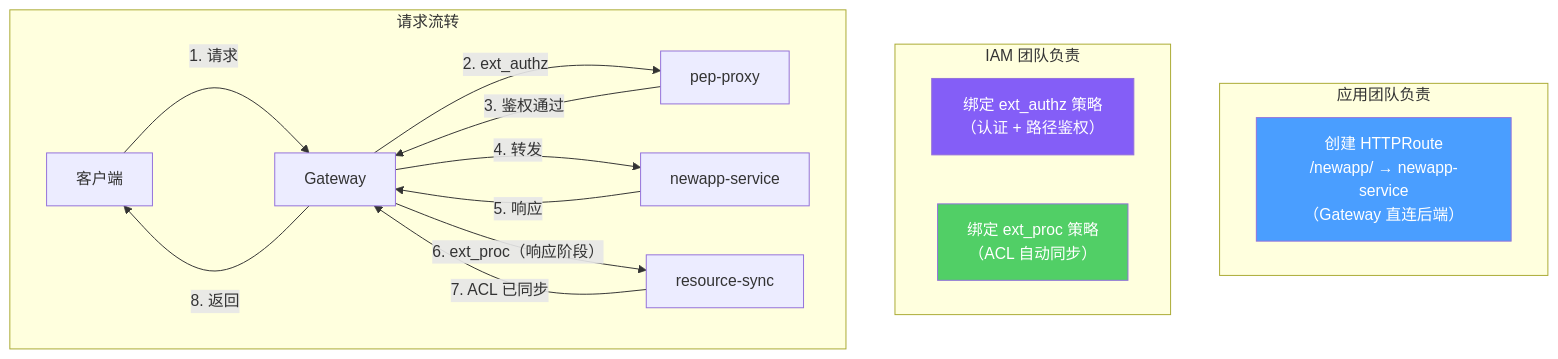
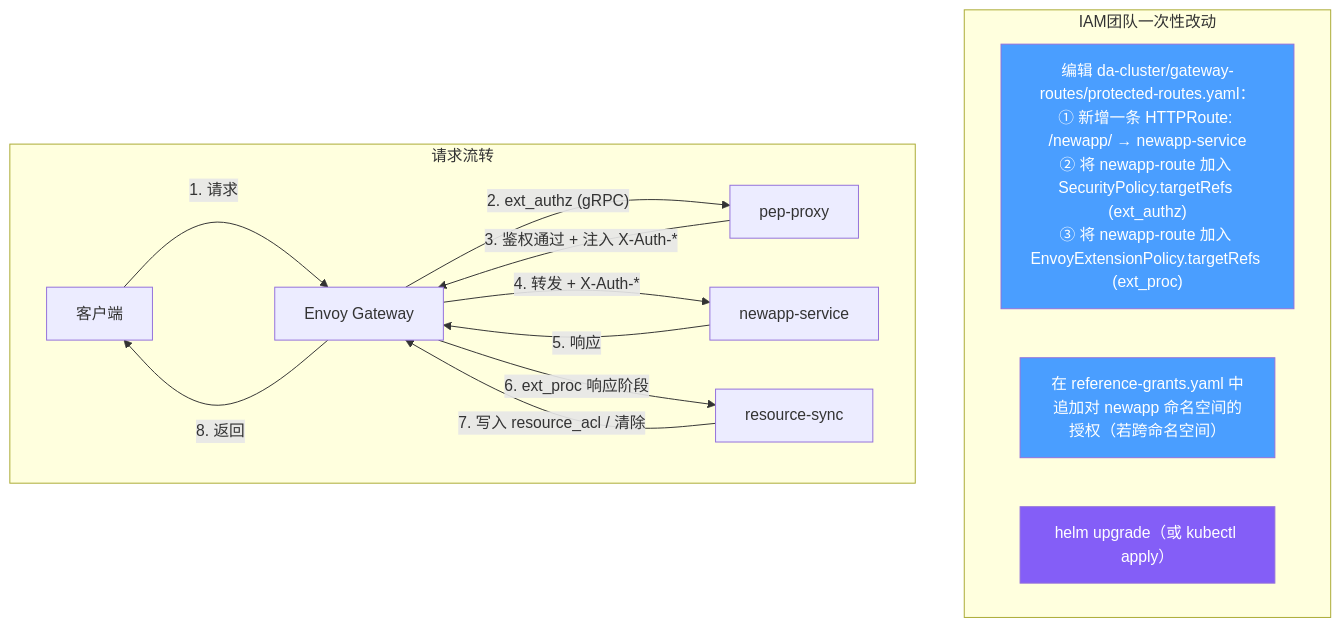
Before and after one commit to xiewanchao/aidp-iam: the third of 8 diagrams in diagrams/onboarding-flow.md, drawn with Mermaid. The commit also changed other lines of this file and 3 other files, not shown here.

First line of the commit message:
feat(apps): nest resource_patterns with id_source/actions in app registration

````diff
--- a/diagrams/onboarding-flow.md
+++ b/diagrams/onboarding-flow.md
@@ -192,27 +187,24 @@
 ```mermaid
 flowchart TD
-    subgraph 应用团队负责
-        ROUTE["创建 HTTPRoute<br/>/newapp/ → newapp-service<br/>（Gateway 直连后端）"]
-    end
-
-    subgraph IAM 团队负责
-        AUTHZ["绑定 ext_authz 策略<br/>（认证 + 路径鉴权）"]
-        EXTPROC["绑定 ext_proc 策略<br/>（ACL 自动同步）"]
+    subgraph IAM团队一次性改动
+        YML["编辑 da-cluster/gateway-routes/protected-routes.yaml：<br/>① 新增一条 HTTPRoute: /newapp/ → newapp-service<br/>② 将 newapp-route 加入 SecurityPolicy.targetRefs (ext_authz)<br/>③ 将 newapp-route 加入 EnvoyExtensionPolicy.targetRefs (ext_proc)"]
+        RG["在 reference-grants.yaml 中追加对 newapp 命名空间的授权（若跨命名空间）"]
+        UPG["helm upgrade（或 kubectl apply）"]
     end
 
     subgraph 请求流转
         direction LR
-        CLIENT[客户端] -->|1. 请求| GW[Gateway]
-        GW -->|"2. ext_authz"| PEP[pep-proxy]
-        PEP -->|3. 鉴权通过| GW
-        GW -->|4. 转发| APP[newapp-service]
+        CLIENT[客户端] -->|1. 请求| GW[Envoy Gateway]
+        GW -->|"2. ext_authz (gRPC)"| PEP[pep-proxy]
+        PEP -->|3. 鉴权通过 + 注入 X-Auth-*| GW
+        GW -->|4. 转发 + X-Auth-*| APP[newapp-service]
         APP -->|5. 响应| GW
-        GW -->|"6. ext_proc（响应阶段）"| RS[resource-sync]
-        RS -->|7. ACL 已同步| GW
+        GW -->|"6. ext_proc 响应阶段"| RS[resource-sync]
+        RS -->|7. 写入 resource_acl / 清除| GW
         GW -->|8. 返回| CLIENT
     end
 
-    style ROUTE fill:#4a9eff,color:#fff
-    style AUTHZ fill:#845ef7,color:#fff
-    style EXTPROC fill:#51cf66,color:#fff
+    style YML fill:#4a9eff,color:#fff
+    style RG fill:#4a9eff,color:#fff
+    style UPG fill:#845ef7,color:#fff
 ```
````
